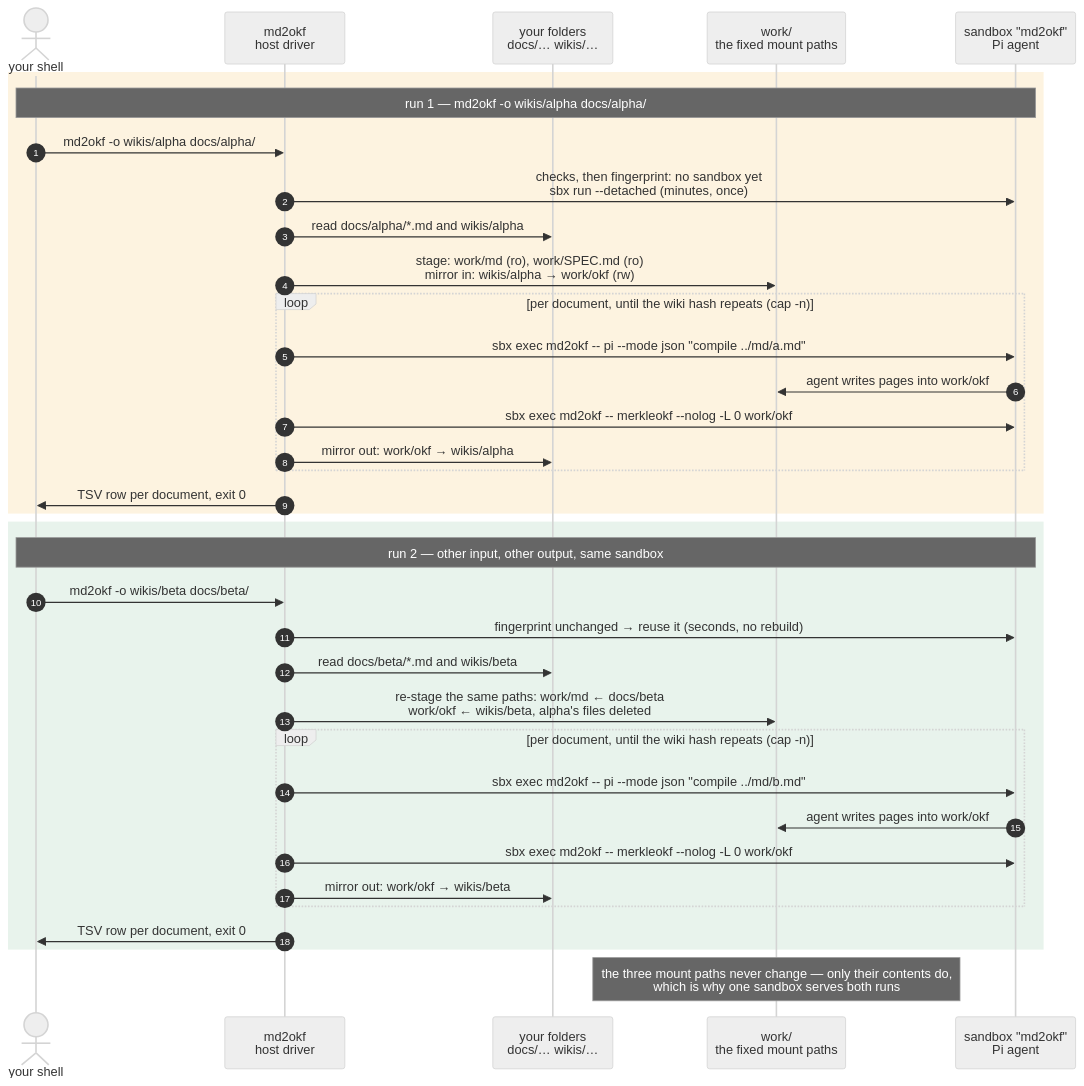
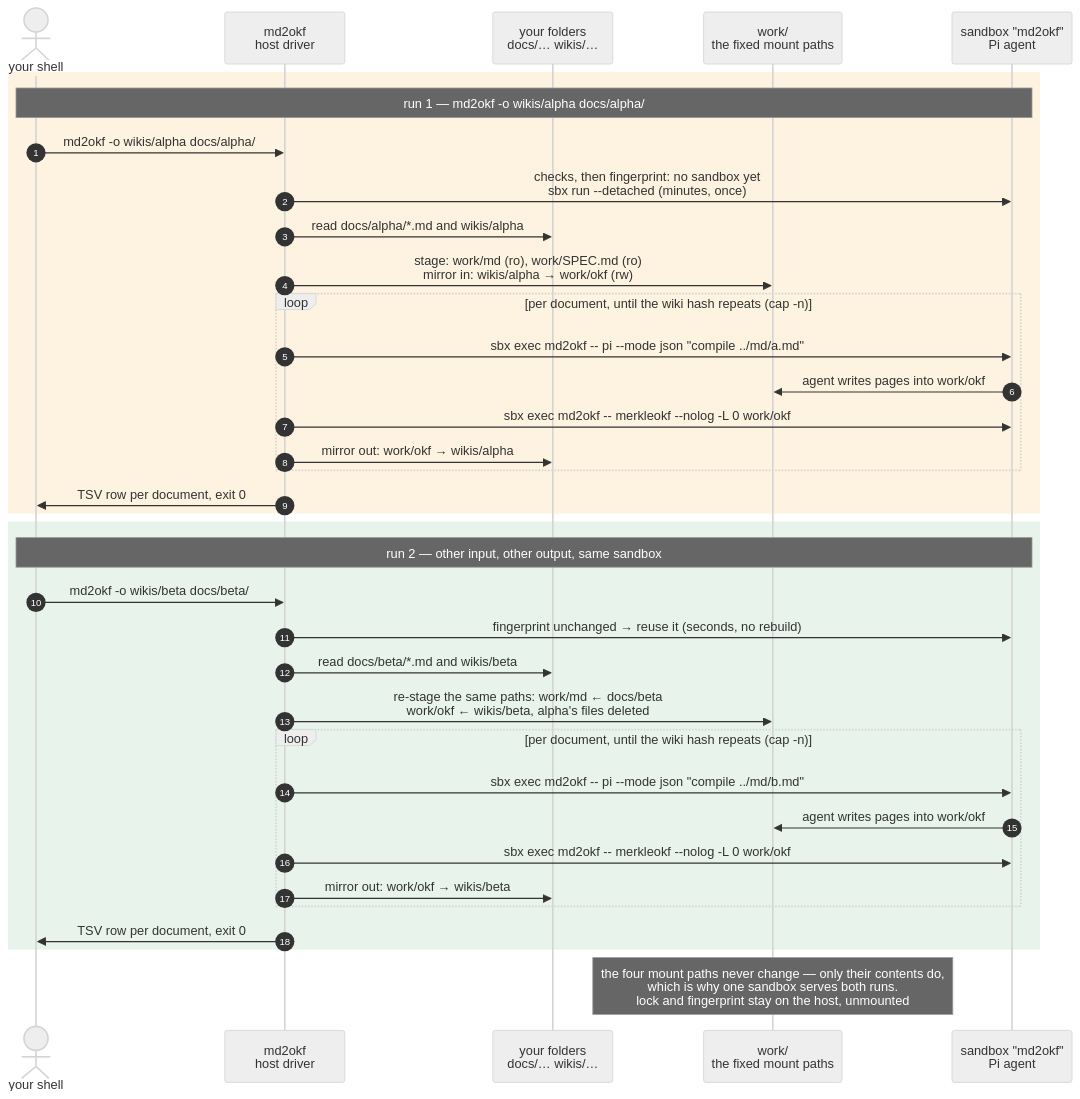
Before and after one commit to lars20070/md2okf: the first of 2 diagrams in .claude/plans/interface-plan.md, drawn with Mermaid (neutral theme). The commit also changed other lines of this file, not shown here.

Commit message:
Mount differently

````diff
--- a/.claude/plans/interface-plan.md
+++ b/.claude/plans/interface-plan.md
@@ -176,41 +202,41 @@
 ```mermaid
 sequenceDiagram
   autonumber
   actor U as your shell
   participant D as md2okf<br/>host driver
   participant H as your folders<br/>docs/… wikis/…
   participant W as work/<br/>the fixed mount paths
   participant S as sandbox "md2okf"<br/>Pi agent
 
   rect rgb(253, 243, 224)
   Note over U,S: run 1 — md2okf -o wikis/alpha docs/alpha/
   U->>D: md2okf -o wikis/alpha docs/alpha/
   D->>S: checks, then fingerprint: no sandbox yet<br/>sbx run --detached (minutes, once)
   D->>H: read docs/alpha/*.md and wikis/alpha
   D->>W: stage: work/md (ro), work/SPEC.md (ro)<br/>mirror in: wikis/alpha → work/okf (rw)
   loop per document, until the wiki hash repeats (cap -n)
     D->>S: sbx exec md2okf -- pi --mode json "compile ../md/a.md"
     S->>W: agent writes pages into work/okf
     D->>S: sbx exec md2okf -- merkleokf --nolog -L 0 work/okf
     D->>H: mirror out: work/okf → wikis/alpha
   end
   D->>U: TSV row per document, exit 0
   end
 
   rect rgb(232, 243, 236)
   Note over U,S: run 2 — other input, other output, same sandbox
   U->>D: md2okf -o wikis/beta docs/beta/
   D->>S: fingerprint unchanged → reuse it (seconds, no rebuild)
   D->>H: read docs/beta/*.md and wikis/beta
   D->>W: re-stage the same paths: work/md ← docs/beta<br/>work/okf ← wikis/beta, alpha's files deleted
   loop per document, until the wiki hash repeats (cap -n)
     D->>S: sbx exec md2okf -- pi --mode json "compile ../md/b.md"
     S->>W: agent writes pages into work/okf
     D->>S: sbx exec md2okf -- merkleokf --nolog -L 0 work/okf
     D->>H: mirror out: work/okf → wikis/beta
   end
   D->>U: TSV row per document, exit 0
   end
 
-  Note over W: the three mount paths never change — only their contents do,<br/>which is why one sandbox serves both runs
+  Note over W: the four mount paths never change — only their contents do,<br/>which is why one sandbox serves both runs.<br/>lock and fingerprint stay on the host, unmounted
 ```
````
